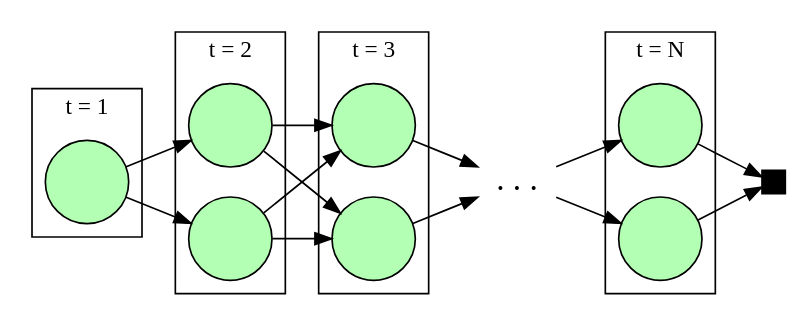
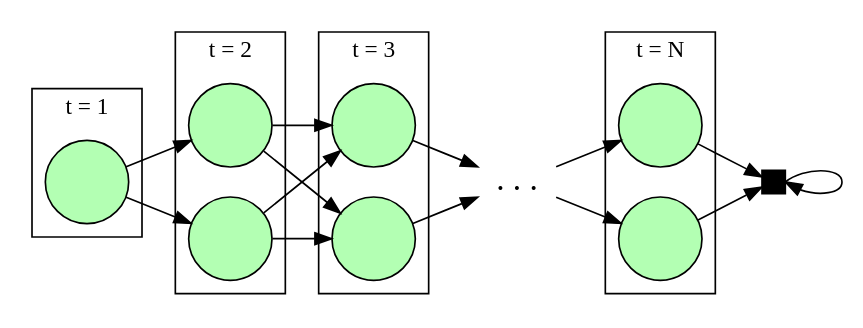
Before and after one commit to iagoleal/iagoleal.github.io: the second of 4 diagrams in content/posts/dynamic-programming.md, drawn with Graphviz. The commit also changed other lines of this file, not shown here.

````diff
--- a/content/posts/dynamic-programming.md
+++ b/content/posts/dynamic-programming.md
@@ -332,48 +677,50 @@
 ```dot
 digraph "State over Time" {
   rankdir=LR;
   size="8,5"
 
   T [label = "" width=0.2 style=filled, color = black, fillcolor = black, shape = square];
 
   node [shape     = circle
         style     = "solid,filled"
         width     = 0.7
         color     = black
         fixedsize = shape
         fillcolor = "#B3FFB3"
         label     = ""];
 
   subgraph cluster_1 {
     rank = same;
     label="t = 1";
     s;
   }
 
   subgraph cluster_2 {
     rank = same;
     label="t = 2";
     a2; b2;
   }
 
   subgraph cluster_3 {
     rank = same;
     label="t = 3";
     a3; b3;
   }
 
   subgraph cluster_N {
     rank = same;
     label="t = N";
     a4; b4;
   }
 
   subgraph cluster_ldots {
     rank = same;
     style = invis;
     k [fontsize=20 color = "#00000000" fillcolor= "#00000000" label = ". . ."];
   }
 
   s -> {a2 b2} -> {a3 b3} -> k -> {a4 b4} -> T;
+
+  T:e -> T:e [constraint=false];
 }
 ```
````
